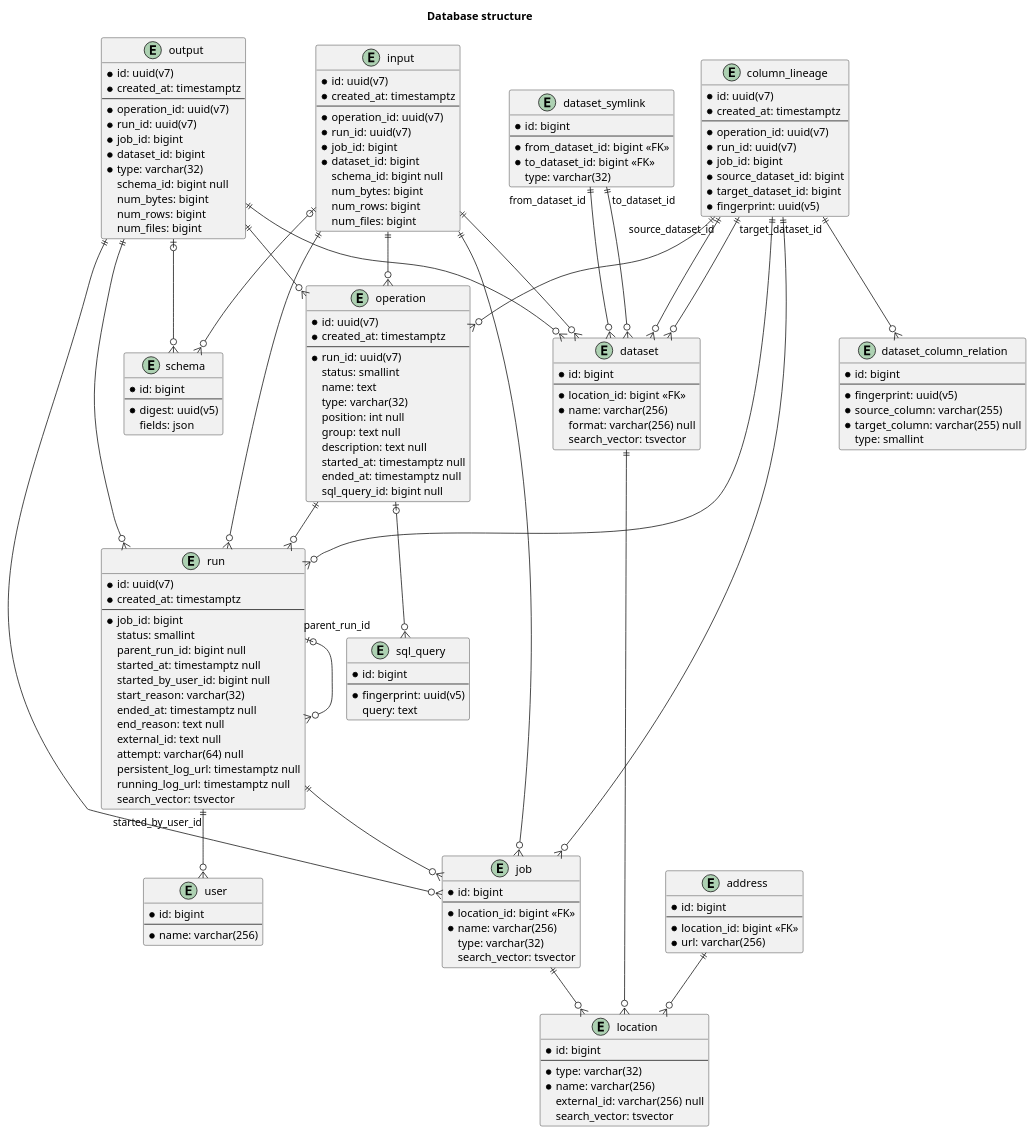
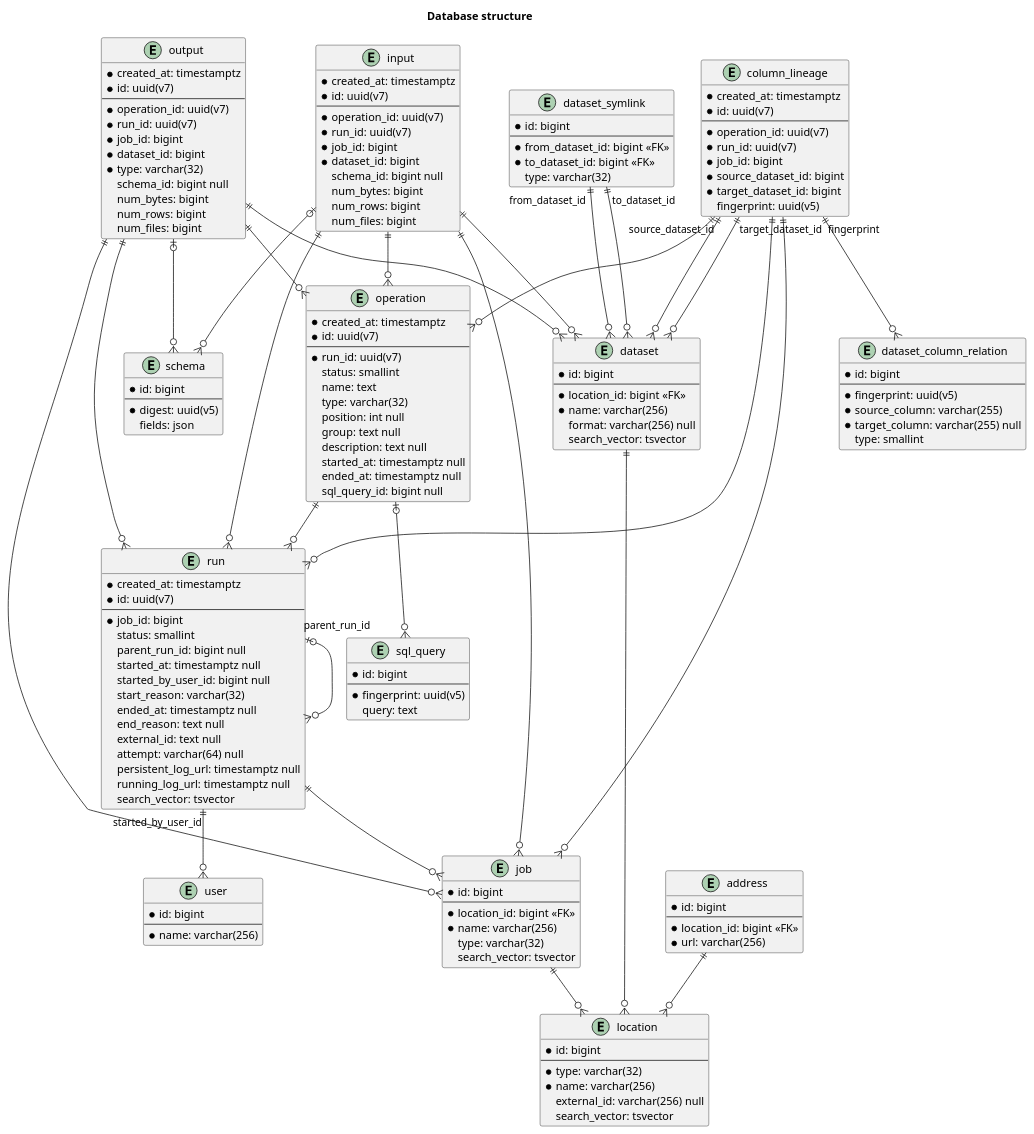
Before and after one commit to MobileTeleSystems/data-rentgen: the diagram in docs/reference/database/structure.rst, drawn with PlantUML.

Commit message:
[DOP-25919] Update DB structure docs

```diff
--- a/docs/reference/database/structure.rst
+++ b/docs/reference/database/structure.rst
@@ -59,8 +59,8 @@
     }
 
     entity run {
+        * created_at: timestamptz
         * id: uuid(v7)
-        * created_at: timestamptz
         ----
         * job_id: bigint
         status: smallint
@@ -85,8 +85,8 @@
     }
 
     entity operation {
+        * created_at: timestamptz
         * id: uuid(v7)
-        * created_at: timestamptz
         ----
         * run_id: uuid(v7)
         status: smallint
@@ -108,8 +108,8 @@
     }
 
     entity input {
+        * created_at: timestamptz
         * id: uuid(v7)
-        * created_at: timestamptz
         ----
         * operation_id: uuid(v7)
         * run_id: uuid(v7)
@@ -122,8 +122,8 @@
     }
 
     entity output {
+        * created_at: timestamptz
         * id: uuid(v7)
-        * created_at: timestamptz
         ----
         * operation_id: uuid(v7)
         * run_id: uuid(v7)
@@ -146,15 +146,15 @@
     }
 
     entity column_lineage {
+        * created_at: timestamptz
         * id: uuid(v7)
-        * created_at: timestamptz
         ----
         * operation_id: uuid(v7)
         * run_id: uuid(v7)
         * job_id: bigint
         * source_dataset_id: bigint
         * target_dataset_id: bigint
-        * fingerprint: uuid(v5)
+        fingerprint: uuid(v5)
     }
 
     address ||--o{ location
@@ -189,6 +189,6 @@
     column_lineage ||--o{ job
     column_lineage "source_dataset_id" ||--o{ dataset
     column_lineage "target_dataset_id" ||--o{ dataset
-    column_lineage ||--o{ dataset_column_relation
+    column_lineage "fingerprint" ||--o{ dataset_column_relation
 
     @enduml
```
